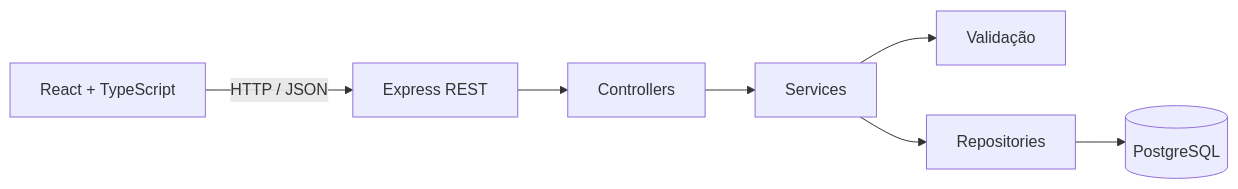
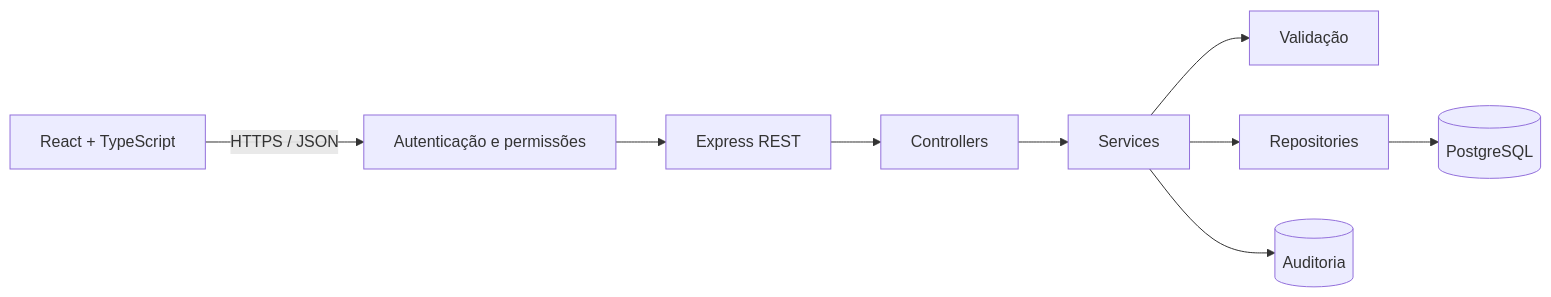
Before and after one commit to LuKeTempestt/nexo-pessoas: the diagram in README.md, drawn with Mermaid. The commit also changed other lines of this file and 41 other files, not shown here.

````diff
--- a/README.md
+++ b/README.md
@@ -42,9 +57,11 @@
 ```mermaid
 flowchart LR
-    UI[React + TypeScript] -->|HTTP / JSON| API[Express REST]
+    UI[React + TypeScript] -->|HTTPS / JSON| AUTH[Autenticação e permissões]
+    AUTH --> API[Express REST]
     API --> C[Controllers]
     C --> S[Services]
     S --> V[Validação]
     S --> R[Repositories]
     R --> DB[(PostgreSQL)]
+    S --> AUD[(Auditoria)]
 ```
````
